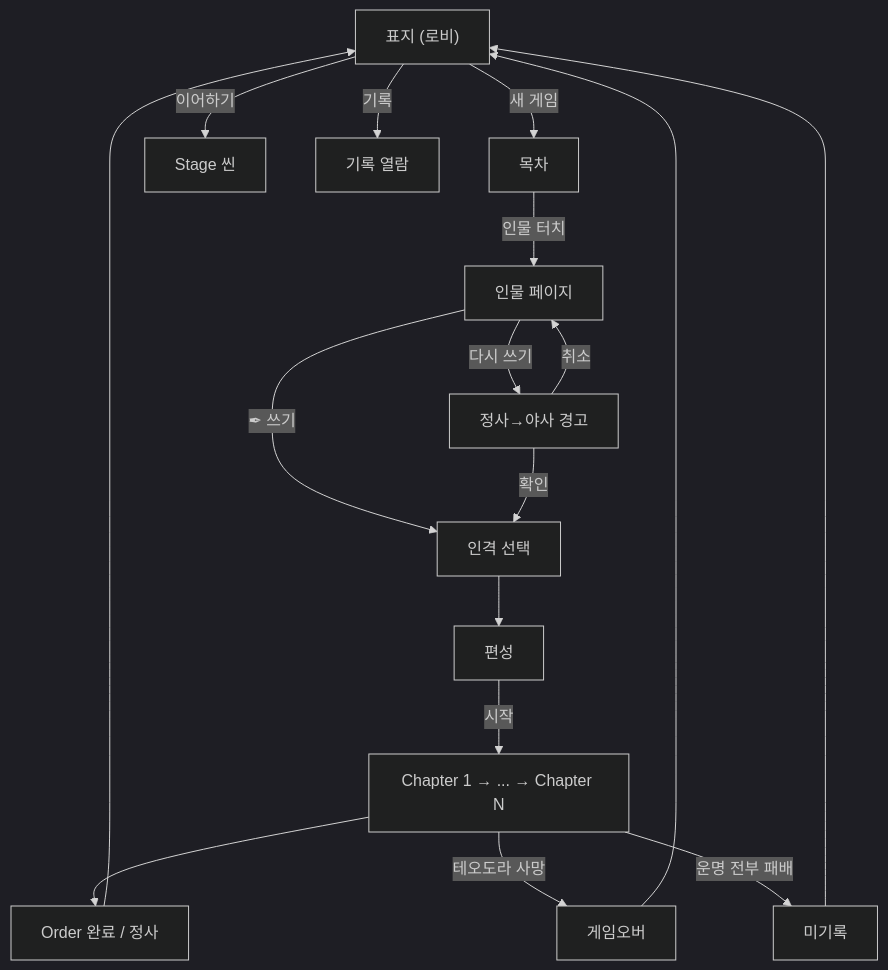
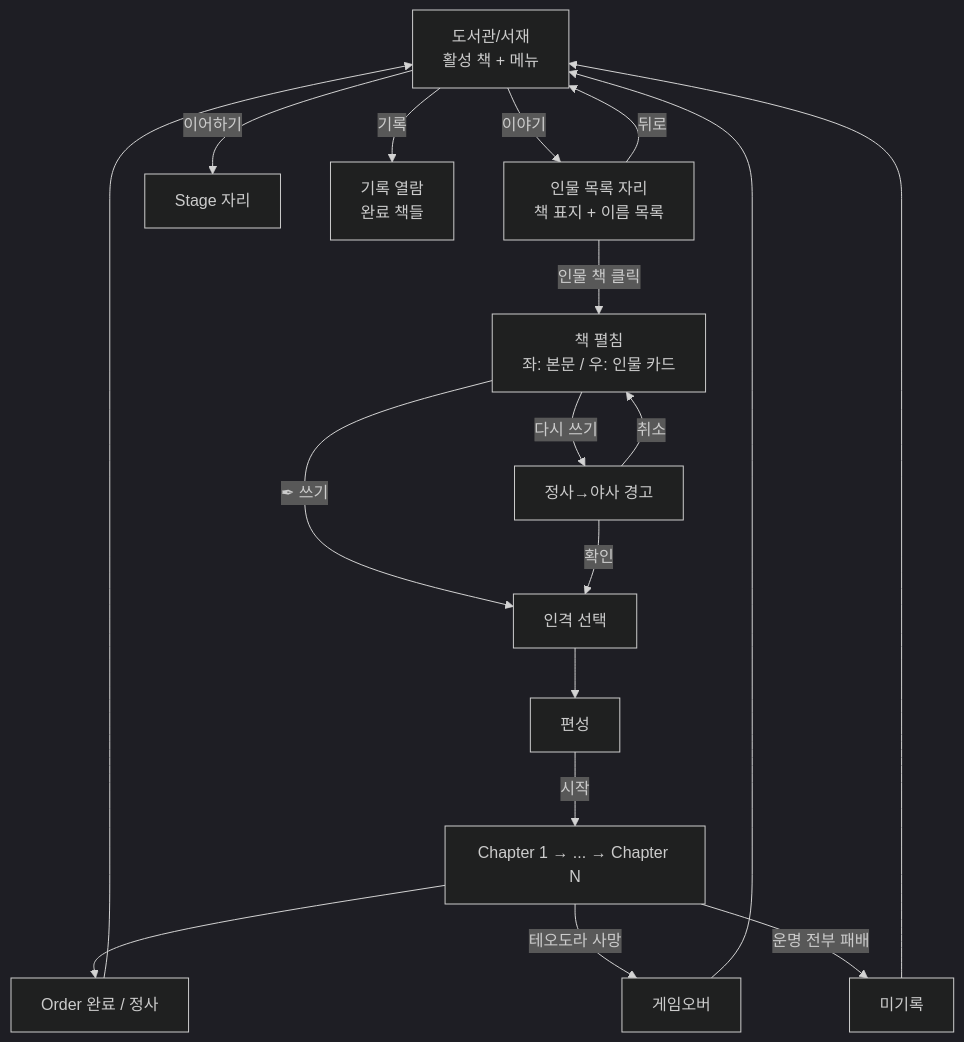
One commit to roam1215-beep/Chronicle-wiki changed the diagram in 04_메타/책구조.md. Above: the diagram before and after it, drawn with Mermaid (dark theme). The commit also changed other lines of this file and 8 other files, not shown here.

````diff
--- a/04_메타/책구조.md
+++ b/04_메타/책구조.md
@@ -128,21 +149,22 @@
 ```mermaid
 flowchart TD
-    COVER["표지 (로비)"] -->|새 게임| TOC["목차"]
-    COVER -->|이어하기| STAGE["Stage 씬"]
-    COVER -->|기록| RECORD["기록 열람"]
+    LIB["도서관/서재<br>활성 책 + 메뉴"] -->|이야기| LIST["인물 목록 자리<br>책 표지 + 이름 목록"]
+    LIB -->|이어하기| STAGE["Stage 자리"]
+    LIB -->|기록| RECORD["기록 열람<br>완료 책들"]
 
-    TOC -->|인물 터치| CHARPAGE["인물 페이지"]
+    LIST -->|인물 책 클릭| CHARPAGE["책 펼침<br>좌: 본문 / 우: 인물 카드"]
+    LIST -->|뒤로| LIB
 
     CHARPAGE -->|✒ 쓰기| PERSONA["인격 선택"]
     CHARPAGE -->|다시 쓰기| WARN["정사→야사 경고"]
     WARN -->|확인| PERSONA
     WARN -->|취소| CHARPAGE
 
     PERSONA --> FORMATION["편성"]
     FORMATION -->|시작| CHAPTERS["Chapter 1 → ... → Chapter N"]
     CHAPTERS --> SAVE["Order 완료 / 정사"]
-    SAVE --> COVER
+    SAVE --> LIB
 
-    CHAPTERS -->|테오도라 사망| GAMEOVER["게임오버"] --> COVER
-    CHAPTERS -->|운명 전부 패배| FAIL["미기록"] --> COVER
+    CHAPTERS -->|테오도라 사망| GAMEOVER["게임오버"] --> LIB
+    CHAPTERS -->|운명 전부 패배| FAIL["미기록"] --> LIB
 ```
````
